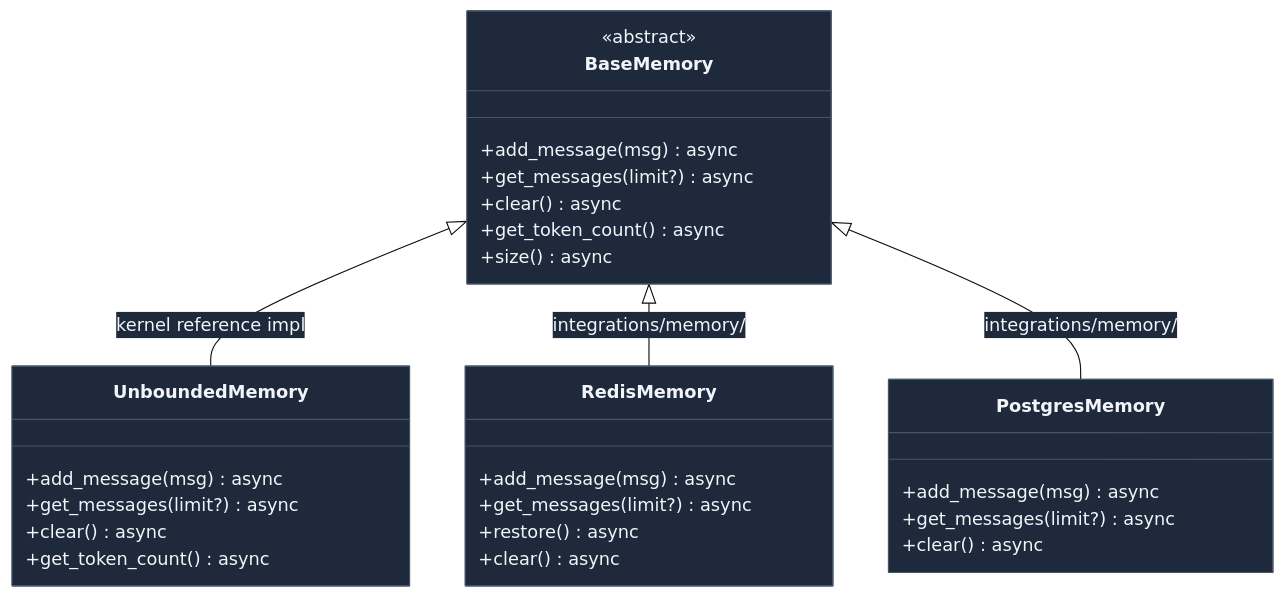
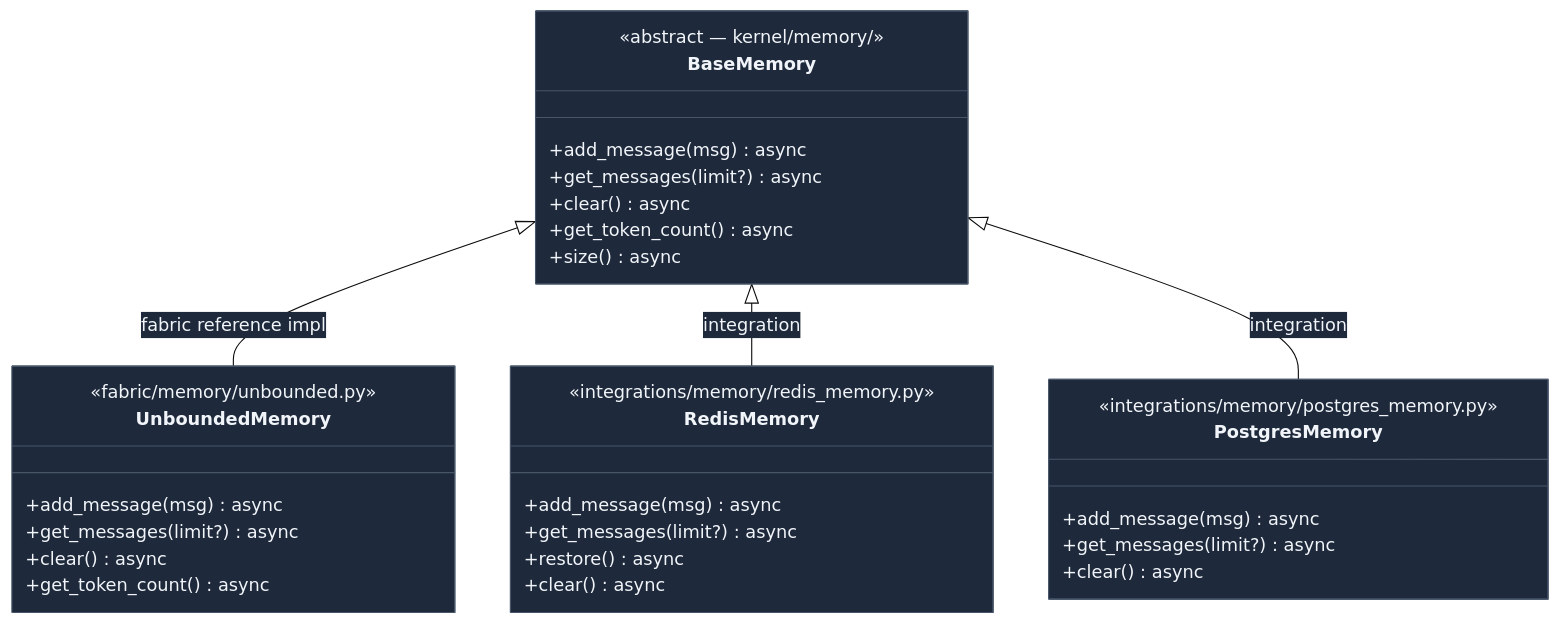
Before and after one commit to Ravikumarchavva/agent-substrate: the tenth of 18 diagrams in agents/agent-substrate/docs/framework/kernel.md, drawn with Mermaid. The commit also changed other lines of this file and 195 other files, not shown here.

Commit message:
refactor: reorganize kernel and fabric modules with new scheduling, observability, and resilience abstractions

````diff
--- a/agents/agent-substrate/docs/framework/kernel.md
+++ b/agents/agent-substrate/docs/framework/kernel.md
@@ -500,36 +501,39 @@
 ```mermaid
 %%{init: {"theme": "base", "themeVariables": {"primaryColor": "#1e293b", "primaryTextColor": "#f1f5f9", "primaryBorderColor": "#475569"}}}%%
 classDiagram
     class BaseMemory {
-        <<abstract>>
+        <<abstract — kernel/memory/>>
         +add_message(msg) async
         +get_messages(limit?) async
         +clear() async
         +get_token_count() async
         +size() async
     }
 
     class UnboundedMemory {
+        <<fabric/memory/unbounded.py>>
         +add_message(msg) async
         +get_messages(limit?) async
         +clear() async
         +get_token_count() async
     }
 
     class RedisMemory {
+        <<integrations/memory/redis_memory.py>>
         +add_message(msg) async
         +get_messages(limit?) async
         +restore() async
         +clear() async
     }
 
     class PostgresMemory {
+        <<integrations/memory/postgres_memory.py>>
         +add_message(msg) async
         +get_messages(limit?) async
         +clear() async
     }
 
-    BaseMemory <|-- UnboundedMemory : kernel reference impl
-    BaseMemory <|-- RedisMemory : integrations/memory/
-    BaseMemory <|-- PostgresMemory : integrations/memory/
+    BaseMemory <|-- UnboundedMemory : fabric reference impl
+    BaseMemory <|-- RedisMemory : integration
+    BaseMemory <|-- PostgresMemory : integration
 ```
````
